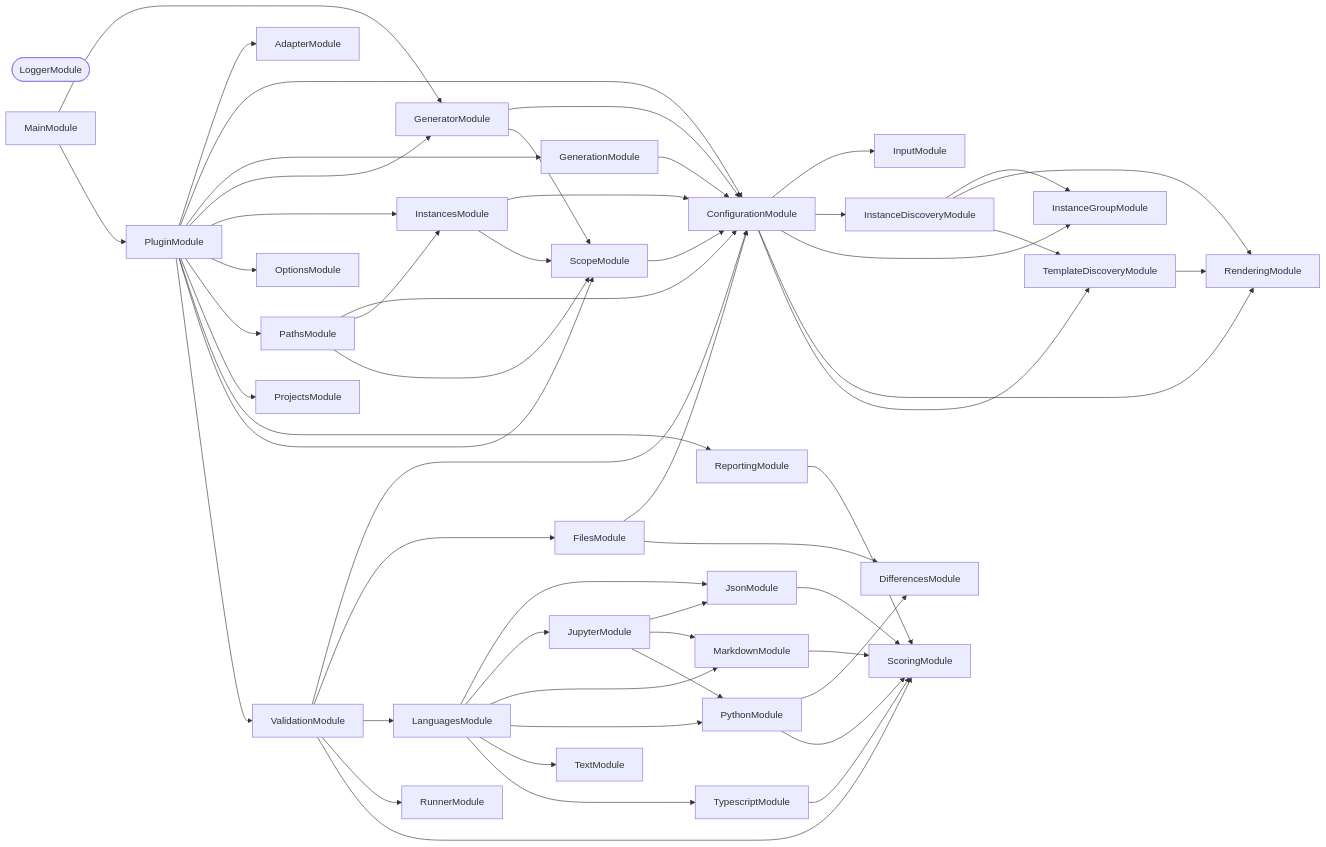
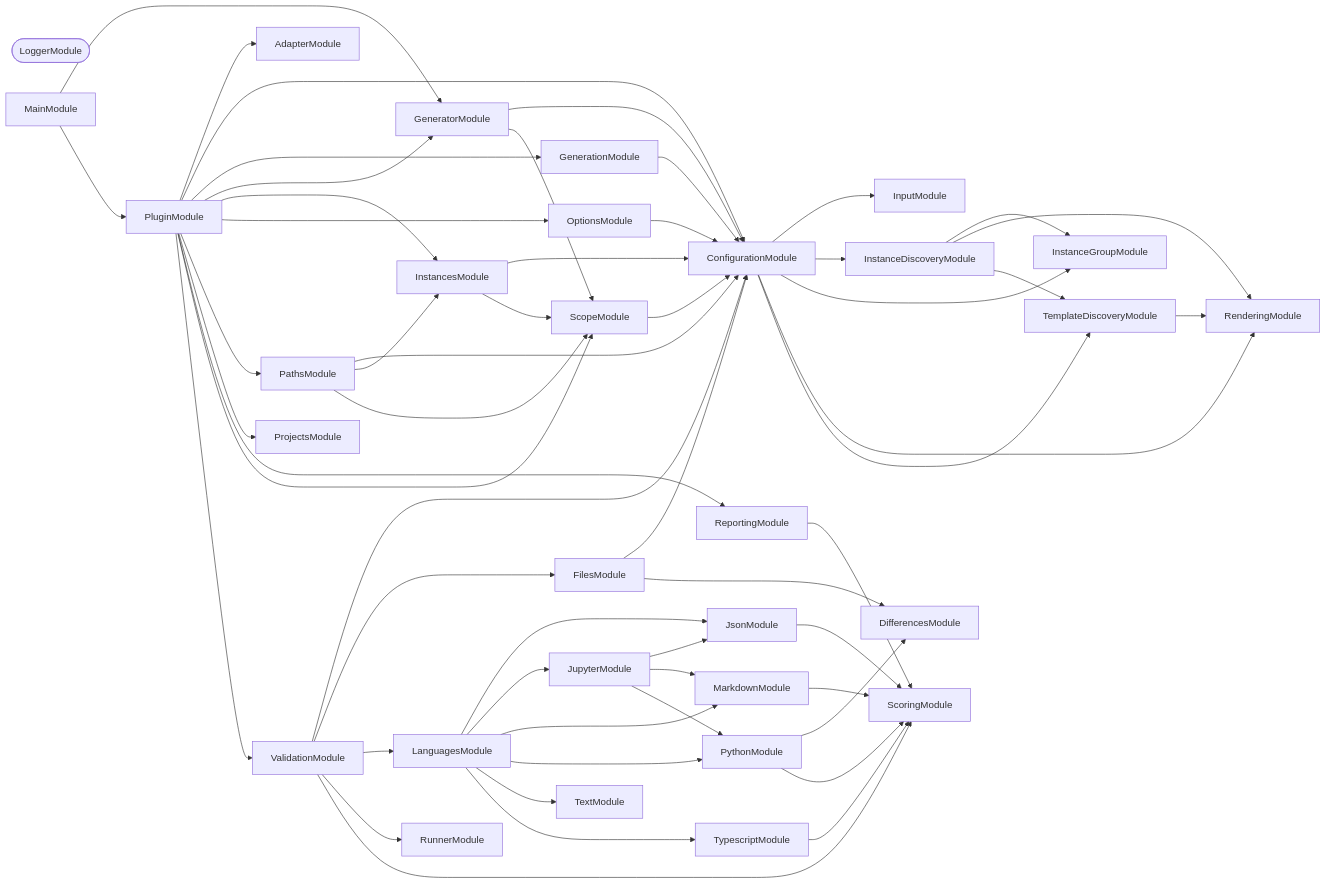
Before and after one commit to organizzolini/codebase: the second of 3 diagrams in projects/ic-suite/conformetry/conformetry-nx/README.md, drawn with Mermaid. The commit also changed other lines of this file and 2324 other files, not shown here.

```diff
--- a/projects/ic-suite/conformetry/conformetry-nx/README.md
+++ b/projects/ic-suite/conformetry/conformetry-nx/README.md
@@ -505,6 +507,7 @@
   MainModule --> GeneratorModule
   MainModule --> PluginModule
   MarkdownModule --> ScoringModule
+  OptionsModule --> ConfigurationModule
   PathsModule --> ConfigurationModule
   PathsModule --> InstancesModule
   PathsModule --> ScopeModule
```
